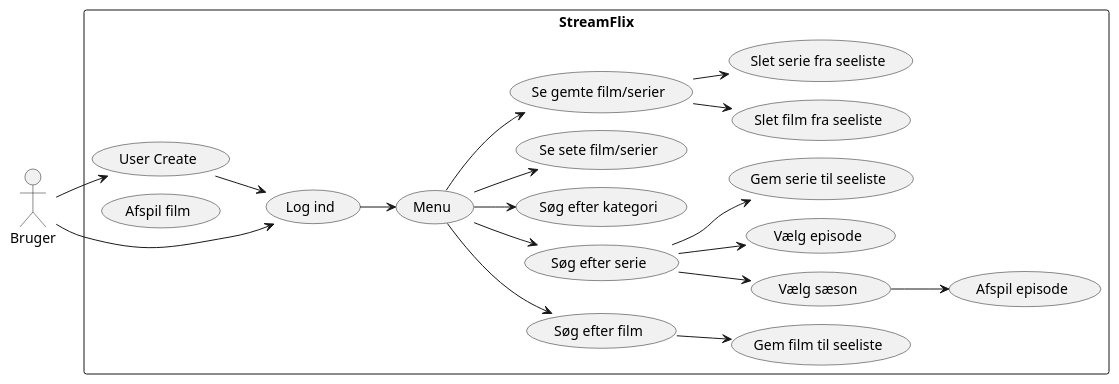
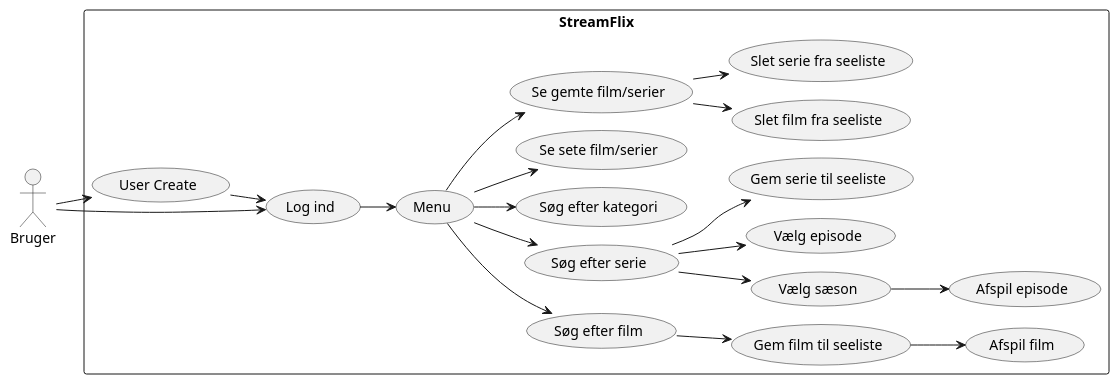
One commit to daud0095/DAT-1.-semester---SP3-en-streamingtjeneste changed the diagram in doc/dynamic/Use Case.puml. Above: the diagram before and after it, drawn with PlantUML.

Commit message:
Ret på use case

```diff
--- a/doc/dynamic/Use Case.puml
+++ b/doc/dynamic/Use Case.puml
@@ -1,55 +1,56 @@
 @startuml
 !pragma layout smetana
 
 left to right direction
 
 actor Bruger as u
 
 rectangle StreamFlix {
 
   usecase "User Create" as UC1
   usecase "Log ind" as UC2
 
   usecase "Søg efter film" as UC3
   usecase "Søg efter serie" as UC4
   usecase "Søg efter kategori" as UC5
   usecase "Se sete film/serier" as UC6
   usecase "Se gemte film/serier" as UC7
 
   usecase "Afspil film" as UC8
   usecase "Gem film til seeliste" as UC9
   usecase "Slet film fra seeliste" as UC10
 
   usecase "Afspil episode" as UC11
   usecase "Vælg sæson" as UC12
   usecase "Vælg episode" as UC13
   usecase "Gem serie til seeliste" as UC14
   usecase "Slet serie fra seeliste" as UC15
 
   usecase "Menu" as UC16
 
 }
 
 ' Brugeren starter disse selv
 u --> UC1
 u --> UC2
 UC2 --> UC16
 UC1 --> UC2
 UC16 --> UC3
 UC16 --> UC4
 UC16 --> UC5
 UC16 --> UC6
 UC16 --> UC7
 UC4 --> UC12
 UC4 --> UC13
 UC3 --> UC9
 UC7 --> UC10
 UC12 --> UC11
 UC4 --> UC14
 UC7 --> UC15
+UC9 --> UC8
 
 }
 
 
 
 @enduml
```
